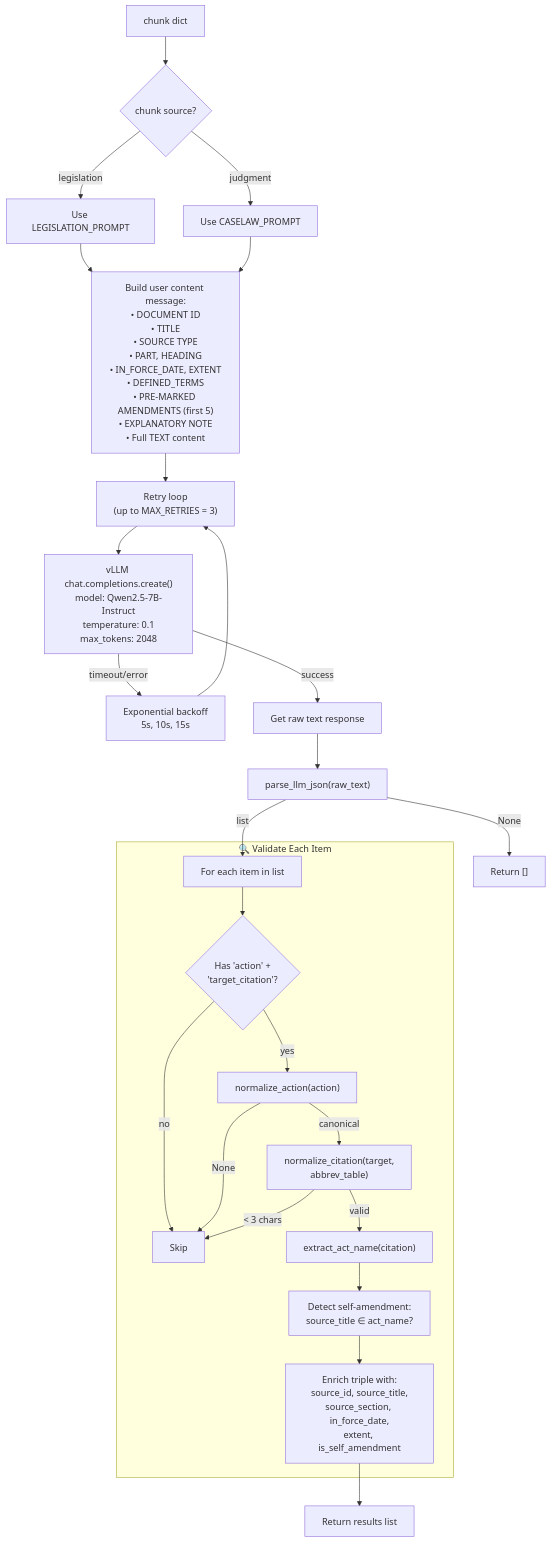
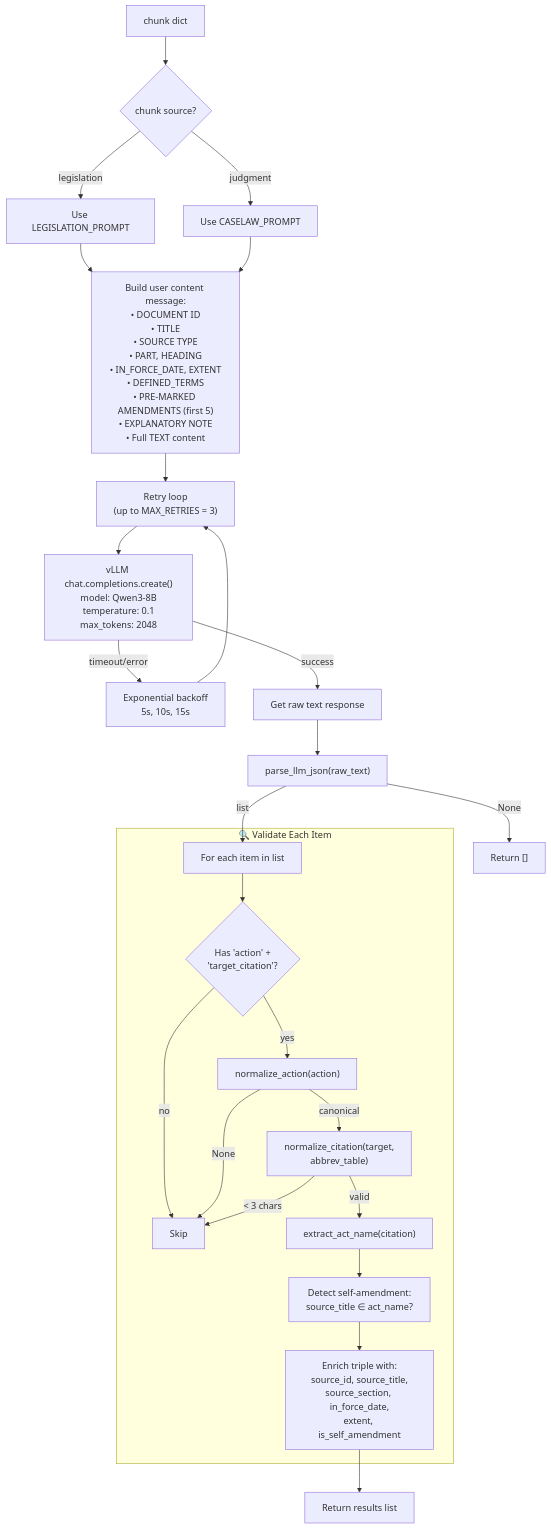
The second of 5 diagrams in documentation/04_triple_extraction.md (suriya7913/PROJECT_app_ml), drawn with Mermaid before and after one commit. The commit also changed other lines of this file and 29 other files, not shown here.

Commit message:
Refactor pipeline to use multi-agent GraphRAG and update documentation

````diff
--- a/documentation/04_triple_extraction.md
+++ b/documentation/04_triple_extraction.md
@@ -49,32 +49,32 @@
 ```mermaid
 flowchart TD
     INPUT["chunk dict"] --> CHOOSE{"chunk source?"}
     CHOOSE -->|"legislation"| LEG_PROMPT["Use LEGISLATION_PROMPT"]
     CHOOSE -->|"judgment"| CASE_PROMPT["Use CASELAW_PROMPT"]
 
     LEG_PROMPT & CASE_PROMPT --> BUILD["Build user content message:<br/>• DOCUMENT ID<br/>• TITLE<br/>• SOURCE TYPE<br/>• PART, HEADING<br/>• IN_FORCE_DATE, EXTENT<br/>• DEFINED_TERMS<br/>• PRE-MARKED AMENDMENTS (first 5)<br/>• EXPLANATORY NOTE<br/>• Full TEXT content"]
 
     BUILD --> RETRY["Retry loop<br/>(up to MAX_RETRIES = 3)"]
-    RETRY --> CALL["vLLM chat.completions.create()<br/>model: Qwen2.5-7B-Instruct<br/>temperature: 0.1<br/>max_tokens: 2048"]
+    RETRY --> CALL["vLLM chat.completions.create()<br/>model: Qwen3-8B<br/>temperature: 0.1<br/>max_tokens: 2048"]
     CALL -->|"timeout/error"| BACKOFF["Exponential backoff<br/>5s, 10s, 15s"]
     BACKOFF --> RETRY
     CALL -->|"success"| RAW["Get raw text response"]
 
     RAW --> PARSE["parse_llm_json(raw_text)"]
     PARSE -->|"None"| EMPTY["Return []"]
     PARSE -->|"list"| VALIDATE
 
     subgraph "🔍 Validate Each Item"
         VALIDATE["For each item in list"] --> HAS{"Has 'action' +<br/>'target_citation'?"}
         HAS -->|no| SKIP["Skip"]
         HAS -->|yes| NORM_A["normalize_action(action)"]
         NORM_A -->|None| SKIP
         NORM_A -->|canonical| NORM_C["normalize_citation(target,<br/>abbrev_table)"]
         NORM_C -->|"< 3 chars"| SKIP
         NORM_C -->|"valid"| ACT["extract_act_name(citation)"]
         ACT --> SELF["Detect self-amendment:<br/>source_title ∈ act_name?"]
         SELF --> ENRICH["Enrich triple with:<br/>source_id, source_title,<br/>source_section, in_force_date,<br/>extent, is_self_amendment"]
     end
 
     ENRICH --> RETURN["Return results list"]
 ```
````
